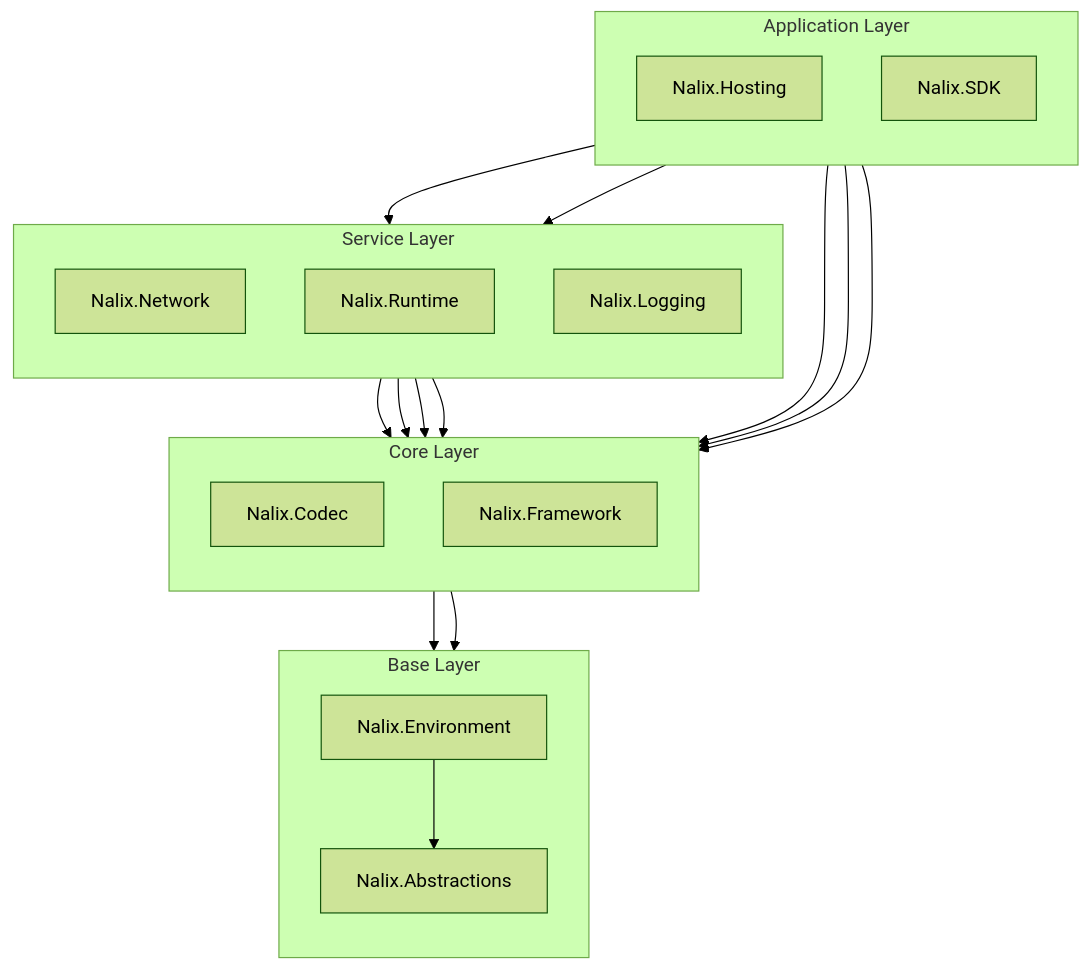
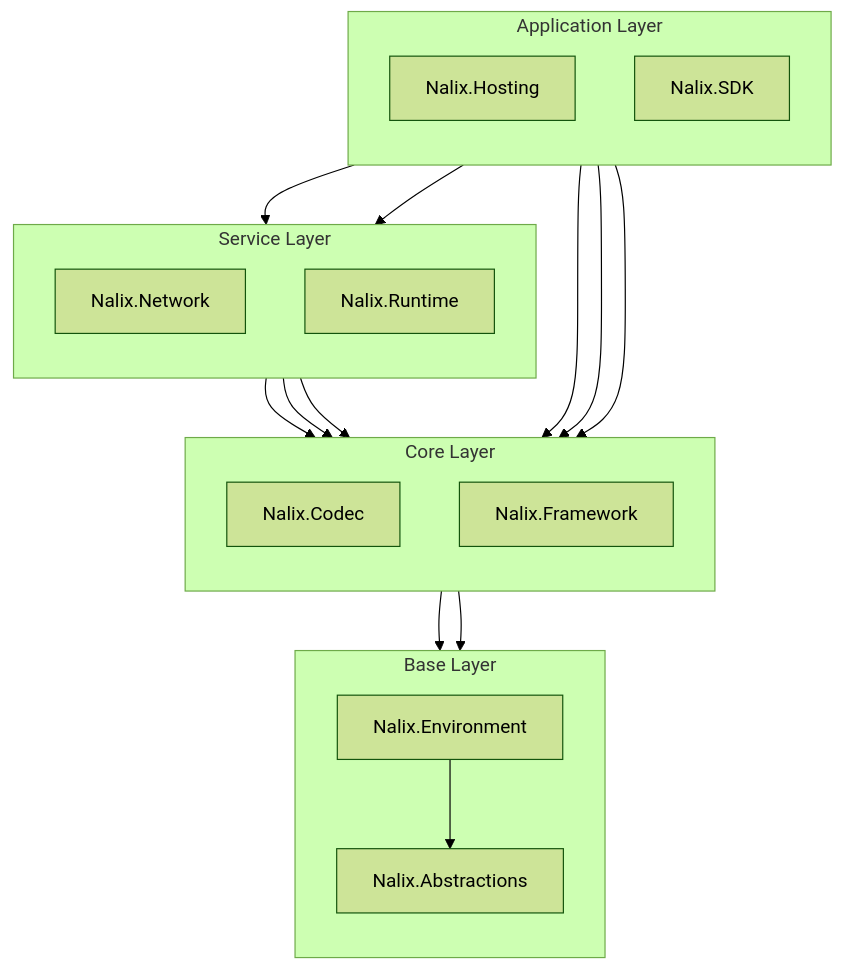
Before and after one commit to ppn-systems/Nalix: the second of 3 diagrams in docs/concepts/fundamentals/architecture.md, drawn with Mermaid (forest theme). The commit also changed other lines of this file and 63 other files, not shown here.

````diff
--- a/docs/concepts/fundamentals/architecture.md
+++ b/docs/concepts/fundamentals/architecture.md
@@ -25,43 +25,41 @@
 ```mermaid
 flowchart TD
     subgraph App ["Application Layer"]
         direction TB
         Hosting["Nalix.Hosting"]
         SDK["Nalix.SDK"]
     end
 
     subgraph Svc ["Service Layer"]
         direction TB
         Network["Nalix.Network"]
         Runtime["Nalix.Runtime"]
-        Logging["Nalix.Logging"]
     end
 
     subgraph Core ["Core Layer"]
         direction TB
         Codec["Nalix.Codec"]
         Framework["Nalix.Framework"]
     end
 
     subgraph Base ["Base Layer"]
         direction TB
         Env["Nalix.Environment"]
         Abstractions["Nalix.Abstractions"]
     end
 
     Hosting --> Network
     Hosting --> Runtime
     Hosting --> Framework
     Hosting --> Codec
     
     SDK --> Codec
 
     Network --> Framework
     Runtime --> Codec
     Runtime --> Framework
-    Logging --> Framework
 
     Codec --> Env
     Framework --> Env
     Env --> Abstractions
 ```
````
